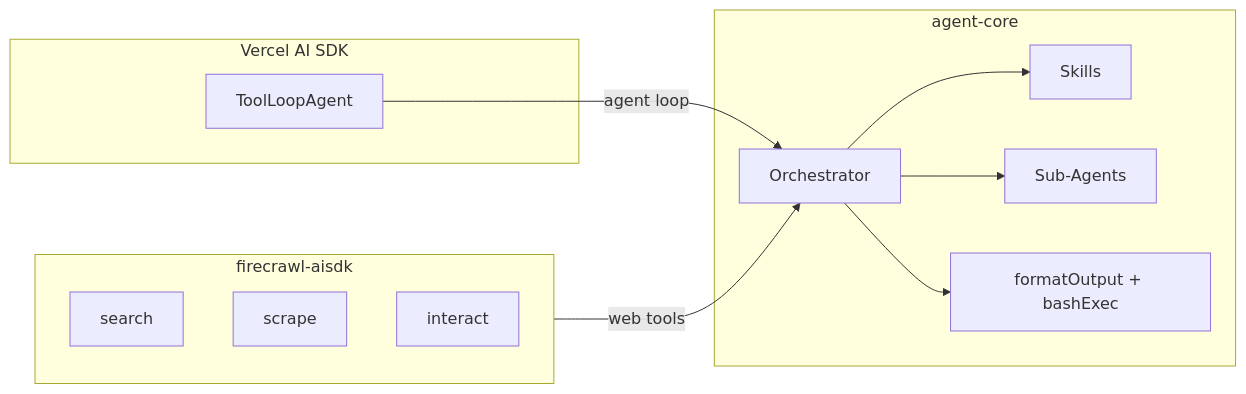
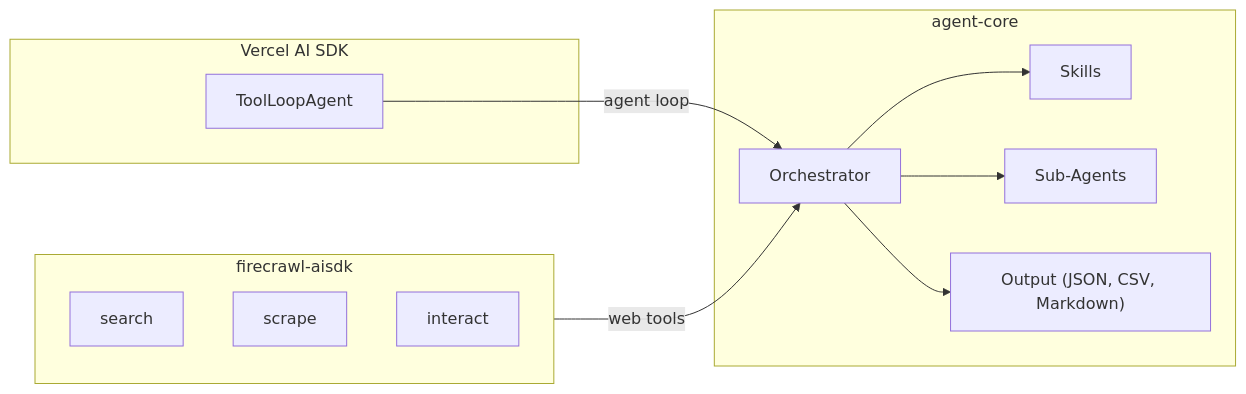
Before and after one commit to firecrawl/firecrawl-agent: the diagram in agent-core/README.md, drawn with Mermaid.

Commit message:
clarify output formats in architecture diagram

````diff
--- a/agent-core/README.md
+++ b/agent-core/README.md
@@ -9,25 +9,25 @@
 ```mermaid
 graph LR
     subgraph firecrawl-aisdk
         search
         scrape
         interact
     end
 
     subgraph "Vercel AI SDK"
         ToolLoopAgent
     end
 
     subgraph agent-core
         Orchestrator
         Skills
         Agents["Sub-Agents"]
-        Output["formatOutput + bashExec"]
+        Output["Output (JSON, CSV, Markdown)"]
     end
 
     firecrawl-aisdk -- "web tools" --> Orchestrator
     ToolLoopAgent -- "agent loop" --> Orchestrator
     Orchestrator --> Skills
     Orchestrator --> Agents
     Orchestrator --> Output
 ```
````
